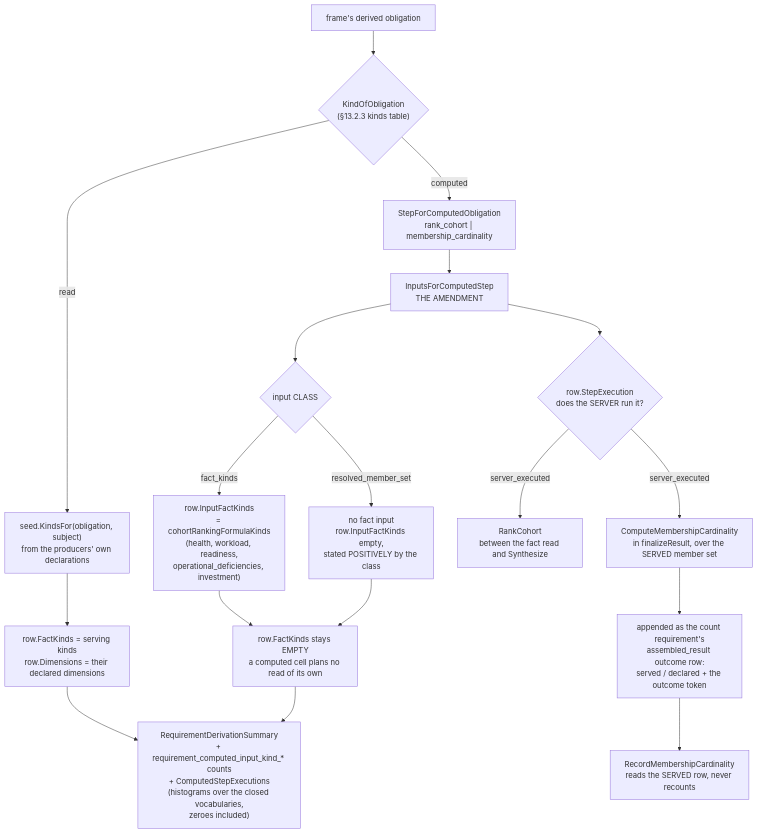
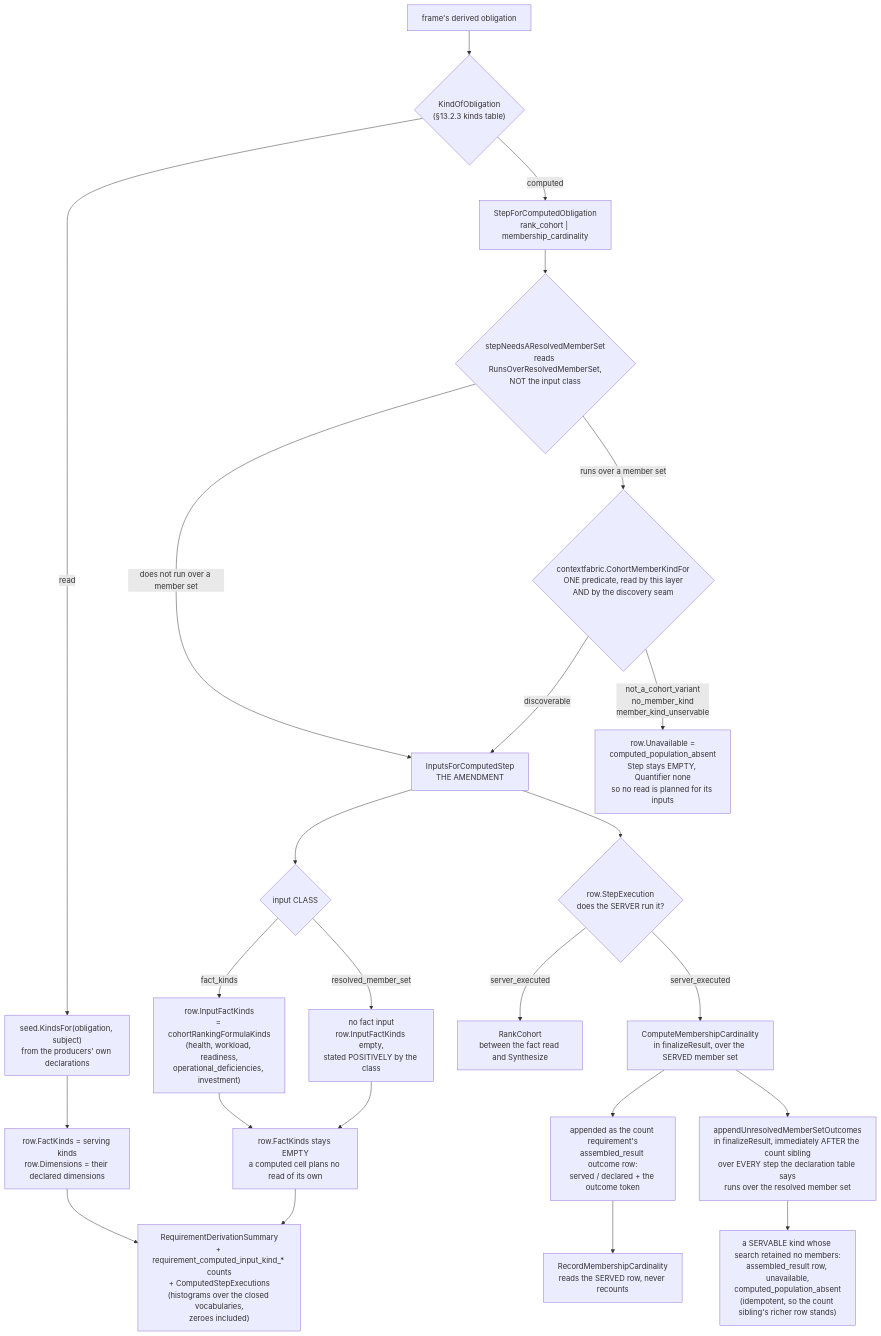
One commit to full-chaos/dev-health-acr changed diagram 18 of 18 in docs/design/context-fabric-architecture-diagrams.md. Above: the diagram before and after it, drawn with Mermaid. The commit also changed other lines of this file and 4 other files, not shown here.

First line of the commit message:
Split the new tests by base-compilability and record the seam in diagram 11

````diff
--- a/docs/design/context-fabric-architecture-diagrams.md
+++ b/docs/design/context-fabric-architecture-diagrams.md
@@ -2038,24 +2038,31 @@
 ```mermaid
 flowchart TB
     OB["frame's derived obligation"] --> K{"KindOfObligation<br/>(§13.2.3 kinds table)"}
 
     K -- read --> R1["seed.KindsFor(obligation, subject)<br/>from the producers' own declarations"]
     R1 --> RR["row.FactKinds = serving kinds<br/>row.Dimensions = their declared dimensions"]
 
     K -- computed --> S["StepForComputedObligation<br/>rank_cohort | membership_cardinality"]
-    S --> I["InputsForComputedStep<br/>THE AMENDMENT"]
+    S --> P{"stepNeedsAResolvedMemberSet<br/>reads RunsOverResolvedMemberSet,<br/>NOT the input class"}
+    P -->|"does not run over a member set"| I
+    P -->|"runs over a member set"| Q{"contextfabric.CohortMemberKindFor<br/>ONE predicate, read by this layer<br/>AND by the discovery seam"}
+    Q -- discoverable --> I
+    Q -->|"not_a_cohort_variant<br/>no_member_kind<br/>member_kind_unservable"| U["row.Unavailable =<br/>computed_population_absent<br/>Step stays EMPTY, Quantifier none<br/>so no read is planned for its inputs"]
+    I["InputsForComputedStep<br/>THE AMENDMENT"]
     I --> IC{"input CLASS"}
     IC -- fact_kinds --> IK["row.InputFactKinds<br/>= cohortRankingFormulaKinds<br/>(health, workload, readiness,<br/>operational_deficiencies, investment)"]
     IC -- resolved_member_set --> IN["no fact input<br/>row.InputFactKinds empty,<br/>stated POSITIVELY by the class"]
     IK --> CR["row.FactKinds stays EMPTY<br/>a computed cell plans no read of its own"]
     IN --> CR
 
     I --> EX{"row.StepExecution<br/>does the SERVER run it?"}
     EX -- server_executed --> XR["RankCohort<br/>between the fact read and Synthesize"]
     EX -- server_executed --> XC["ComputeMembershipCardinality<br/>in finalizeResult, over the SERVED member set"]
     XC --> OUT["appended as the count requirement's<br/>assembled_result outcome row:<br/>served / declared + the outcome token"]
     OUT --> TEL["RecordMembershipCardinality<br/>reads the SERVED row, never recounts"]
+    XC --> XU["appendUnresolvedMemberSetOutcomes<br/>in finalizeResult, immediately AFTER the count sibling<br/>over EVERY step the declaration table says<br/>runs over the resolved member set"]
+    XU --> OUT2["a SERVABLE kind whose search retained no members:<br/>assembled_result row, unavailable,<br/>computed_population_absent<br/>(idempotent, so the count sibling's richer row stands)"]
 
     RR --> T["RequirementDerivationSummary<br/>+ requirement_computed_input_kind_* counts<br/>+ ComputedStepExecutions<br/>(histograms over the closed vocabularies,<br/>zeroes included)"]
     CR --> T
 ```
````
